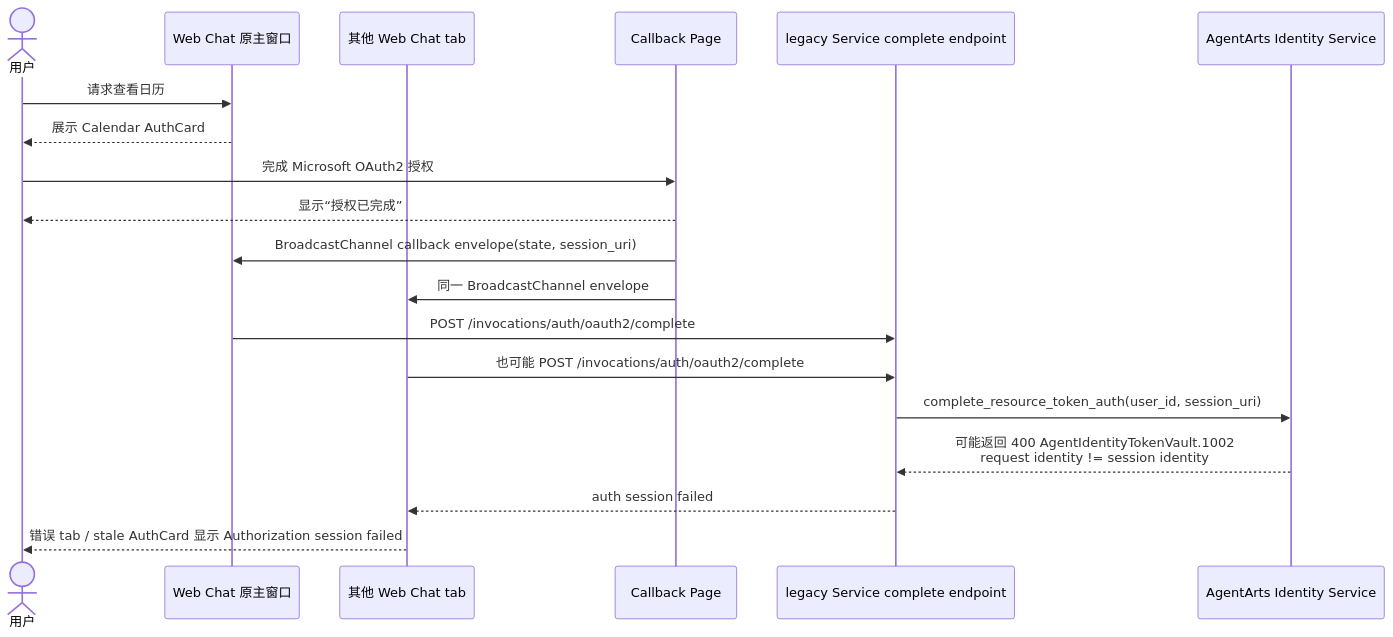
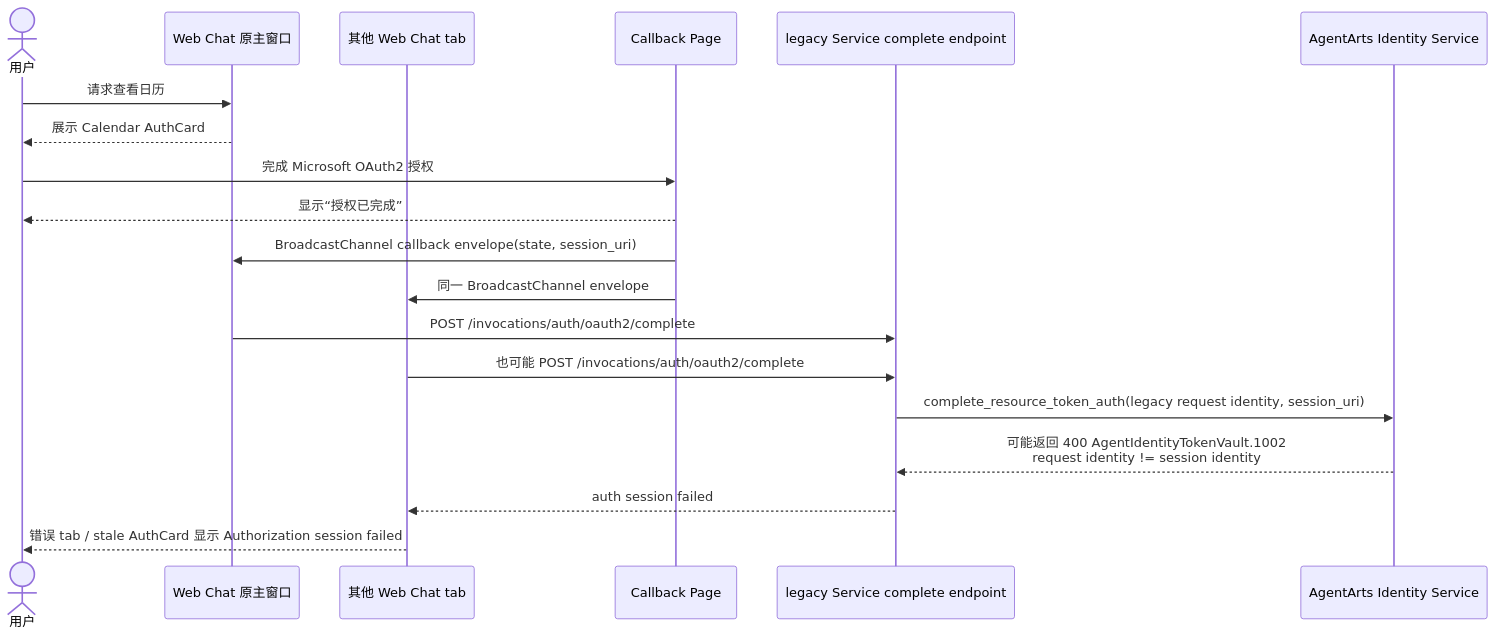
One commit to T-1009/personal-assistant changed the first of 2 diagrams in personal-assistant-meta/issues/bugs/bug-21-calendar-oauth2-complete-session-identity-mismatch/issue.md. Above: the diagram before and after it, drawn with Mermaid. The commit also changed other lines of this file and 9 other files, not shown here.

Commit message:
Use user token for calendar OAuth callback complete

````diff
--- a/personal-assistant-meta/issues/bugs/bug-21-calendar-oauth2-complete-session-identity-mismatch/issue.md
+++ b/personal-assistant-meta/issues/bugs/bug-21-calendar-oauth2-complete-session-identity-mismatch/issue.md
@@ -99,22 +99,22 @@
 ```mermaid
 sequenceDiagram
     actor User as 用户
     participant UI as Web Chat 原主窗口
     participant OtherUI as 其他 Web Chat tab
     participant CB as Callback Page
     participant API as legacy Service complete endpoint
     participant IdSvc as AgentArts Identity Service
 
     User->>UI: 请求查看日历
     UI-->>User: 展示 Calendar AuthCard
     User->>CB: 完成 Microsoft OAuth2 授权
     CB-->>User: 显示“授权已完成”
     CB->>UI: BroadcastChannel callback envelope(state, session_uri)
     CB->>OtherUI: 同一 BroadcastChannel envelope
     UI->>API: POST /invocations/auth/oauth2/complete
     OtherUI->>API: 也可能 POST /invocations/auth/oauth2/complete
-    API->>IdSvc: complete_resource_token_auth(user_id, session_uri)
+    API->>IdSvc: complete_resource_token_auth(legacy request identity, session_uri)
     IdSvc-->>API: 可能返回 400 AgentIdentityTokenVault.1002<br/>request identity != session identity
     API-->>OtherUI: auth session failed
     OtherUI-->>User: 错误 tab / stale AuthCard 显示 Authorization session failed
 ```
````
